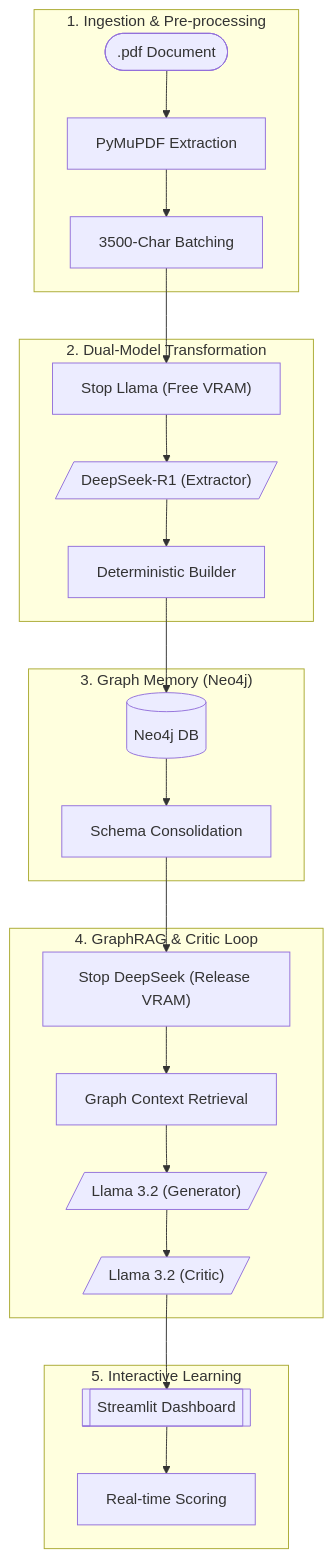
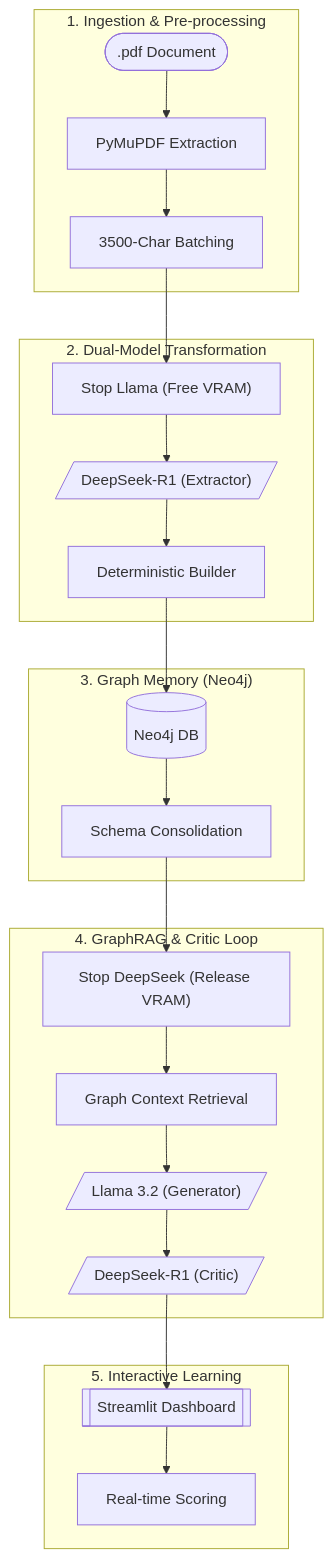
One commit to YoussefMoHlemyAlpha/GraphRAG-Edu-Suite changed the second of 2 diagrams in README.md. Above: the diagram before and after it, drawn with Mermaid. The commit also changed other lines of this file and 1 other file, not shown here.

Commit message:
docs: Remove `ARCHITECTURE.md` and update `README.md` to detail model roles and switch the critic model to DeepSeek-R1.

````diff
--- a/README.md
+++ b/README.md
@@ -81,35 +83,35 @@
 ```mermaid
 flowchart TD
     %% 1. Ingestion Stage
     subgraph STAGE_1 ["1. Ingestion & Pre-processing"]
         PDF([".pdf Document"]) --> TEXT_EXTRACT["PyMuPDF Extraction"]
         TEXT_EXTRACT --> CHUNKING["3500-Char Batching"]
     end
 
     %% 2. Transformation Stage
     subgraph STAGE_2 ["2. Dual-Model Transformation"]
         CHUNKING --> STOP_LLAMA["Stop Llama (Free VRAM)"]
         STOP_LLAMA --> DS_EXTRACT[/"DeepSeek-R1 (Extractor)"/]
         DS_EXTRACT --> PYTHON_CYPHER["Deterministic Builder"]
     end
 
     %% 3. Persistence Stage
     subgraph STAGE_3 ["3. Graph Memory (Neo4j)"]
         PYTHON_CYPHER --> GRAPH_DB[("Neo4j DB")]
         GRAPH_DB --> SCHEMA_VAL["Schema Consolidation"]
     end
 
     %% 4. Retrieval & Generation Stage
     subgraph STAGE_4 ["4. GraphRAG & Critic Loop"]
         SCHEMA_VAL --> STOP_DS["Stop DeepSeek (Release VRAM)"]
         STOP_DS --> RETRIEVAL["Graph Context Retrieval"]
         RETRIEVAL --> QUIZ_GEN[/"Llama 3.2 (Generator)"/]
-        QUIZ_GEN --> QUIZ_CRITIC[/"Llama 3.2 (Critic)"/]
+        QUIZ_GEN --> QUIZ_CRITIC[/"DeepSeek-R1 (Critic)"/]
     end
 
     %% 5. UI Stage
     subgraph STAGE_5 ["5. Interactive Learning"]
         QUIZ_CRITIC --> ST_UI[["Streamlit Dashboard"]]
         ST_UI --> EVAL["Real-time Scoring"]
     end
 ```
````
